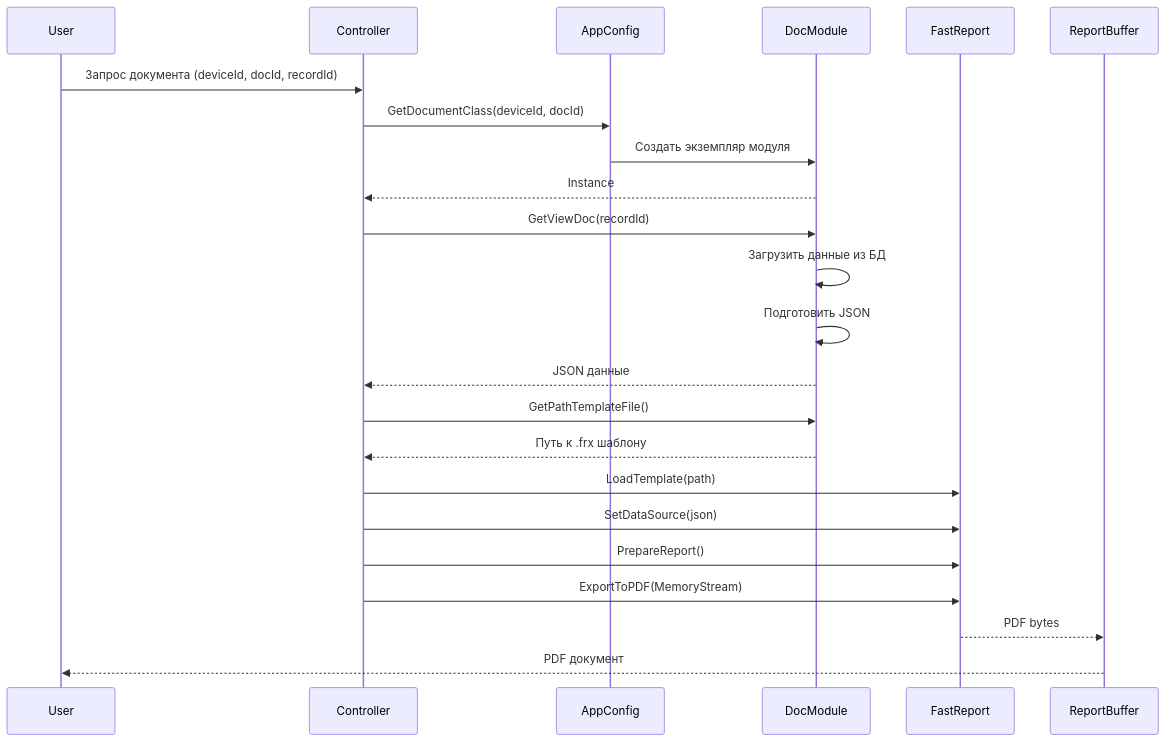
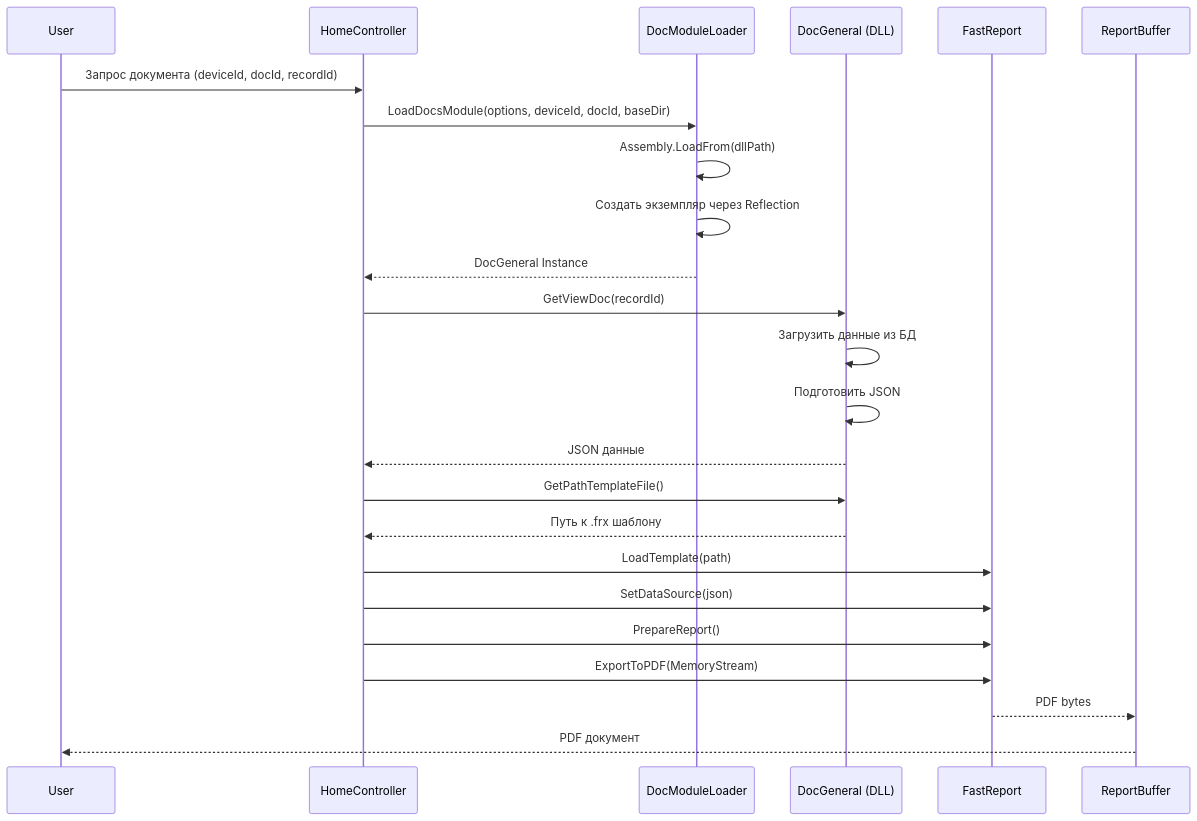
One commit to tn-ivk/tn-doc changed the fourth of 18 diagrams in docs/architecture/overview.md. Above: the diagram before and after it, drawn with Mermaid. The commit also changed other lines of this file, not shown here.

First line of the commit message:
Актуализация архитектурной документации: устранены устаревшие ссылки на DocFactory и SignalR в Document Editor

````diff
--- a/docs/architecture/overview.md
+++ b/docs/architecture/overview.md
@@ -192,30 +204,31 @@
 ```mermaid
 sequenceDiagram
     participant User
-    participant Controller
-    participant AppConfig
-    participant DocModule
+    participant HomeController
+    participant DocModuleLoader
+    participant DocModule as DocGeneral (DLL)
     participant FastReport
     participant ReportBuffer
 
-    User->>Controller: Запрос документа (deviceId, docId, recordId)
-    Controller->>AppConfig: GetDocumentClass(deviceId, docId)
-    AppConfig->>DocModule: Создать экземпляр модуля
-    DocModule-->>Controller: Instance
+    User->>HomeController: Запрос документа (deviceId, docId, recordId)
+    HomeController->>DocModuleLoader: LoadDocsModule(options, deviceId, docId, baseDir)
+    DocModuleLoader->>DocModuleLoader: Assembly.LoadFrom(dllPath)
+    DocModuleLoader->>DocModuleLoader: Создать экземпляр через Reflection
+    DocModuleLoader-->>HomeController: DocGeneral Instance
 
-    Controller->>DocModule: GetViewDoc(recordId)
+    HomeController->>DocModule: GetViewDoc(recordId)
     DocModule->>DocModule: Загрузить данные из БД
     DocModule->>DocModule: Подготовить JSON
-    DocModule-->>Controller: JSON данные
+    DocModule-->>HomeController: JSON данные
 
-    Controller->>DocModule: GetPathTemplateFile()
-    DocModule-->>Controller: Путь к .frx шаблону
+    HomeController->>DocModule: GetPathTemplateFile()
+    DocModule-->>HomeController: Путь к .frx шаблону
 
-    Controller->>FastReport: LoadTemplate(path)
-    Controller->>FastReport: SetDataSource(json)
-    Controller->>FastReport: PrepareReport()
-    Controller->>FastReport: ExportToPDF(MemoryStream)
+    HomeController->>FastReport: LoadTemplate(path)
+    HomeController->>FastReport: SetDataSource(json)
+    HomeController->>FastReport: PrepareReport()
+    HomeController->>FastReport: ExportToPDF(MemoryStream)
 
     FastReport-->>ReportBuffer: PDF bytes
     ReportBuffer-->>User: PDF документ
 ```
````
